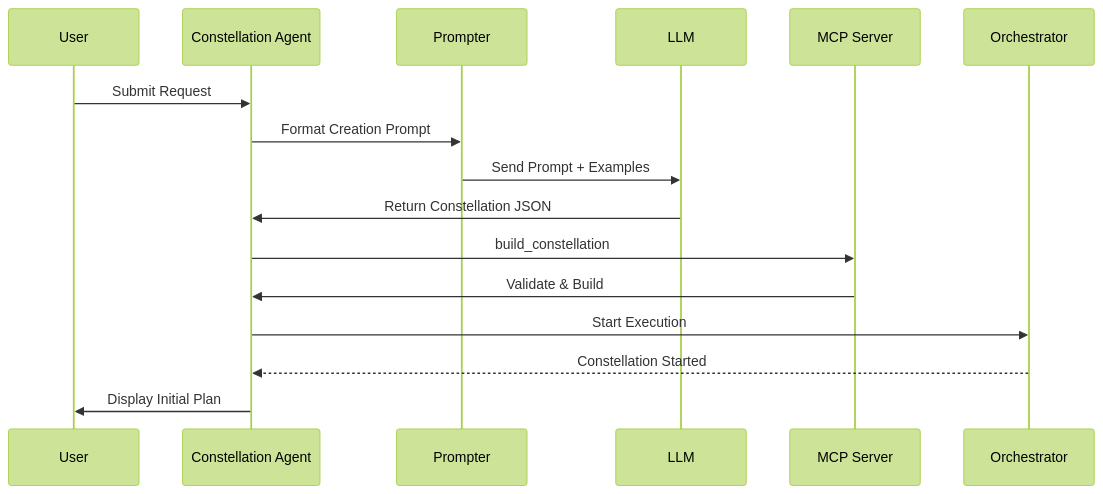
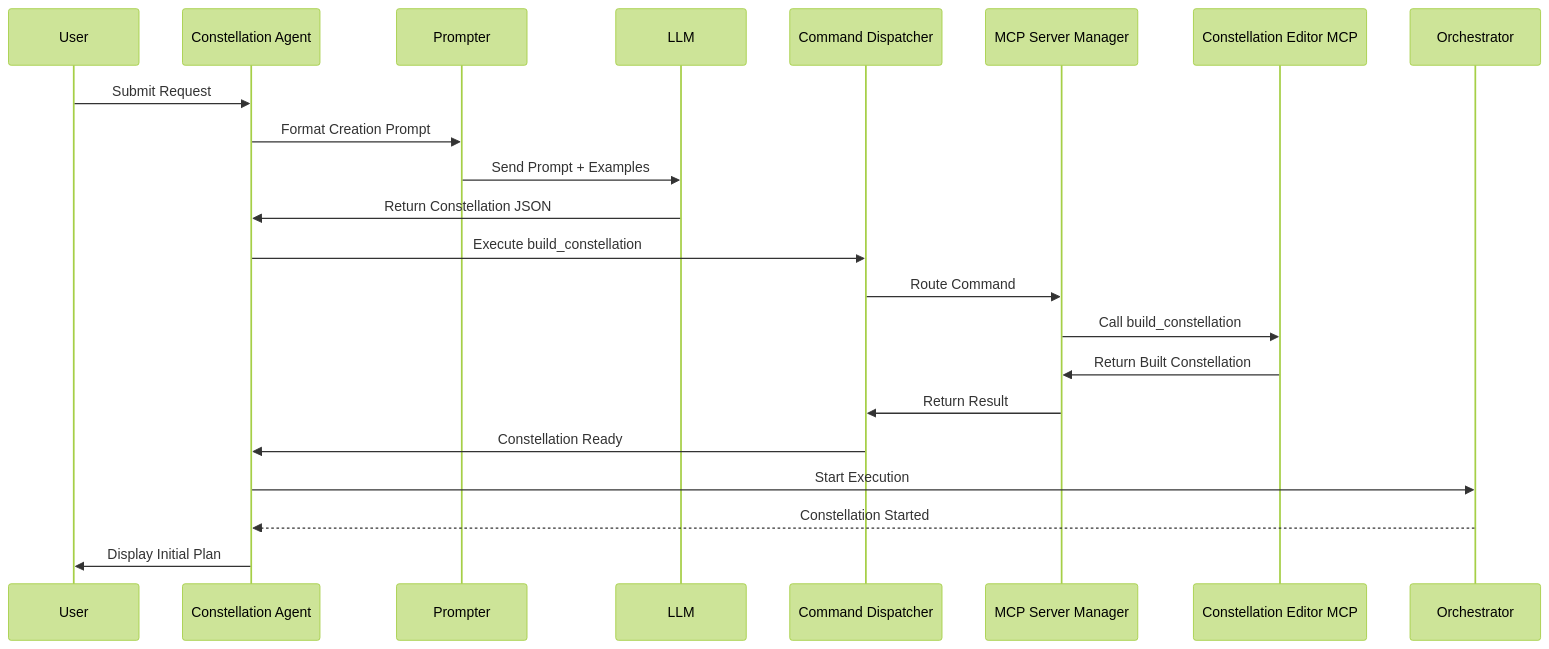
One commit to microsoft/UFO changed the third of 6 diagrams in documents/docs/galaxy/constellation_agent/overview.md. Above: the diagram before and after it, drawn with Mermaid (forest theme). The commit also changed other lines of this file and 13 other files, not shown here.

````diff
--- a/documents/docs/galaxy/constellation_agent/overview.md
+++ b/documents/docs/galaxy/constellation_agent/overview.md
@@ -115,19 +108,25 @@
 ```mermaid
 sequenceDiagram
     participant User
     participant Agent as Constellation Agent
     participant Prompter
     participant LLM
-    participant MCP as MCP Server
+    participant Dispatcher as Command Dispatcher
+    participant MCP as MCP Server Manager
+    participant Editor as Constellation Editor MCP
     participant Orchestrator
     
     User->>Agent: Submit Request
     Agent->>Prompter: Format Creation Prompt
     Prompter->>LLM: Send Prompt + Examples
     LLM->>Agent: Return Constellation JSON
-    Agent->>MCP: build_constellation
-    MCP->>Agent: Validate & Build
+    Agent->>Dispatcher: Execute build_constellation
+    Dispatcher->>MCP: Route Command
+    MCP->>Editor: Call build_constellation
+    Editor->>MCP: Return Built Constellation
+    MCP->>Dispatcher: Return Result
+    Dispatcher->>Agent: Constellation Ready
     Agent->>Orchestrator: Start Execution
     Orchestrator-->>Agent: Constellation Started
     Agent->>User: Display Initial Plan
 ```
````
